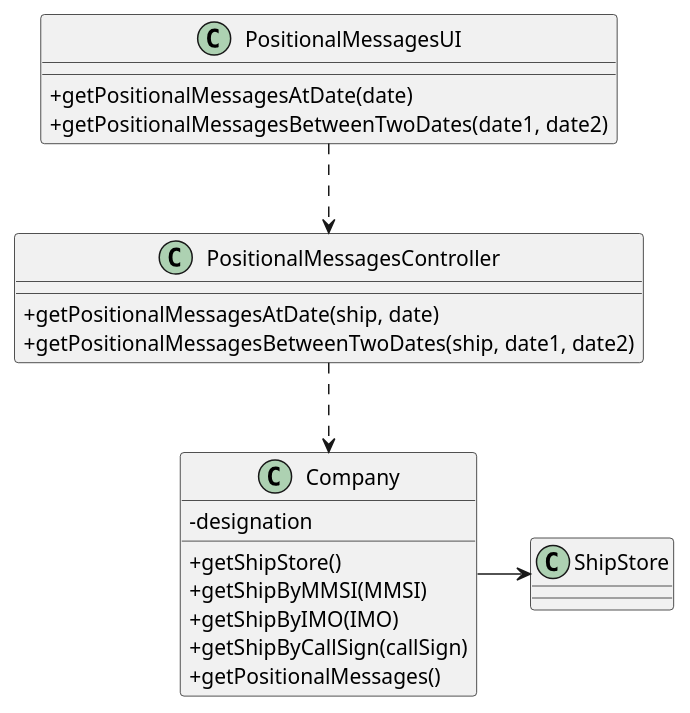
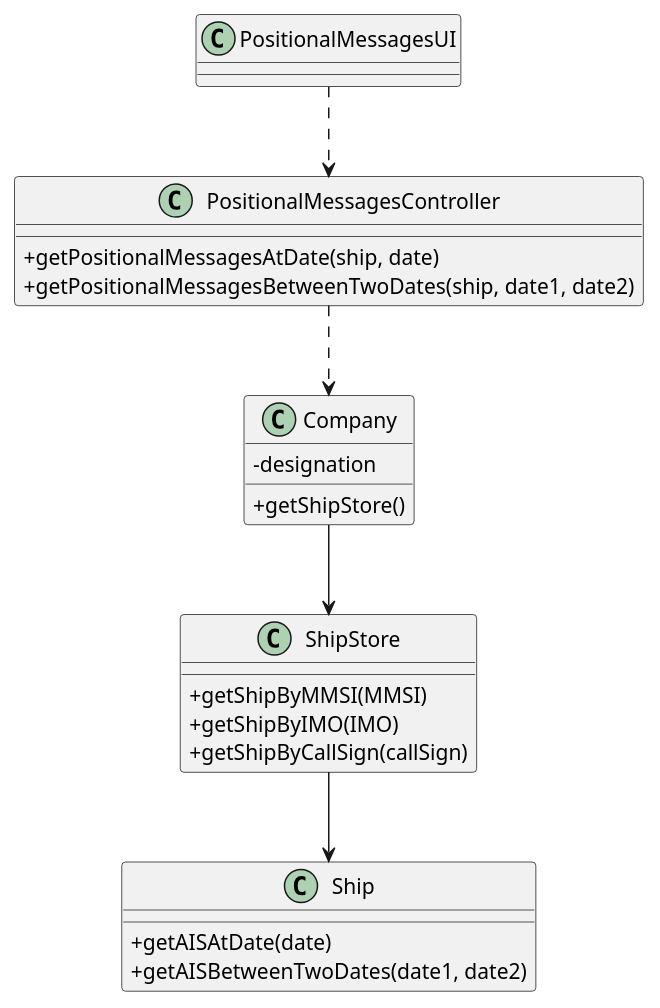
One commit to mpoboas/lapr3-2021-g102 changed the diagram in docs/Sprint1/US103/US103_CD.puml. Above: the diagram before and after it, drawn with PlantUML. The commit also changed 2 other files, not shown here.

```diff
--- a/docs/Sprint1/US103/US103_CD.puml
+++ b/docs/Sprint1/US103/US103_CD.puml
@@ -1,33 +1,35 @@
 @startuml
 skinparam classAttributeIconSize 0
 
 class Company {
 -designation
 +getShipStore()
-+getShipByMMSI(MMSI)
-+getShipByIMO(IMO)
-+getShipByCallSign(callSign)
-+getPositionalMessages()
 }
 class PositionalMessagesController {
 +getPositionalMessagesAtDate(ship, date)
 +getPositionalMessagesBetweenTwoDates(ship, date1, date2)
 
 }
 class PositionalMessagesUI {
-+getPositionalMessagesAtDate(date)
-+getPositionalMessagesBetweenTwoDates(date1, date2)
 }
 class ShipStore{
++getShipByMMSI(MMSI)
++getShipByIMO(IMO)
++getShipByCallSign(callSign)
 }
 
+class Ship{
++getAISAtDate(date)
++getAISBetweenTwoDates(date1, date2)
+}
 
 
 PositionalMessagesUI ..> PositionalMessagesController
 PositionalMessagesController ..> Company
-Company -> ShipStore
+Company --> ShipStore
+ShipStore --> Ship
 
 
 
 
 @enduml
```
